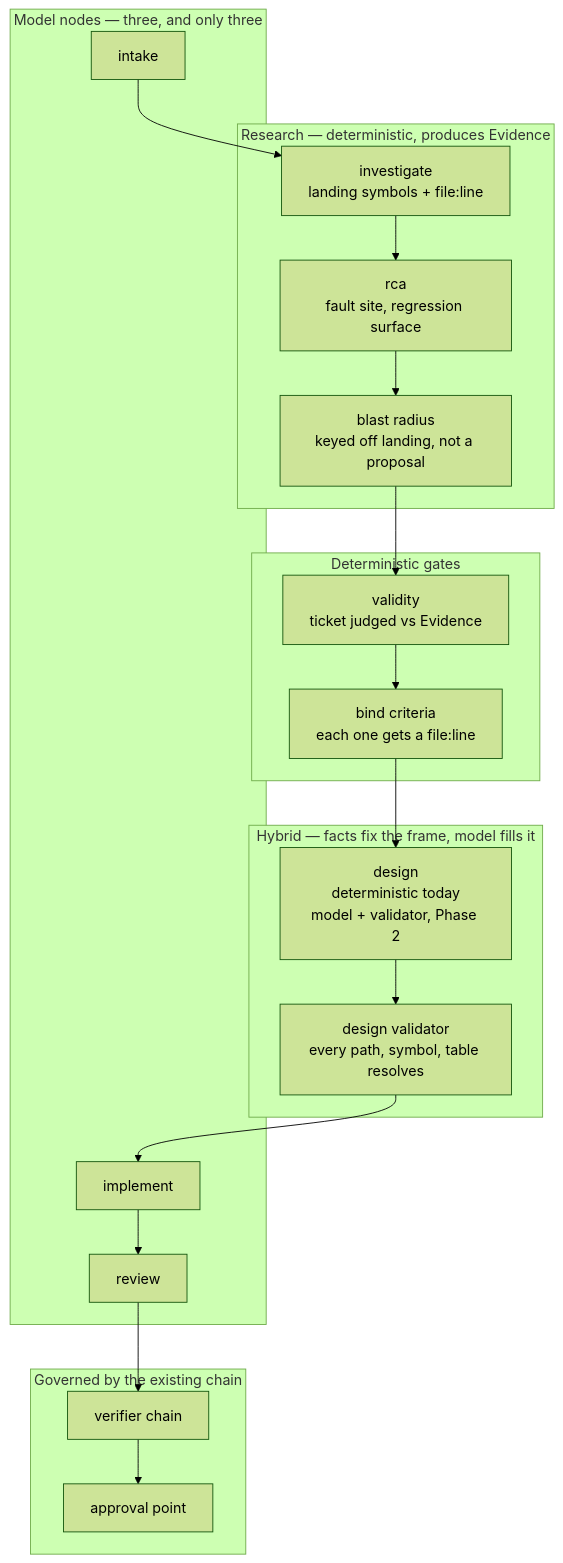
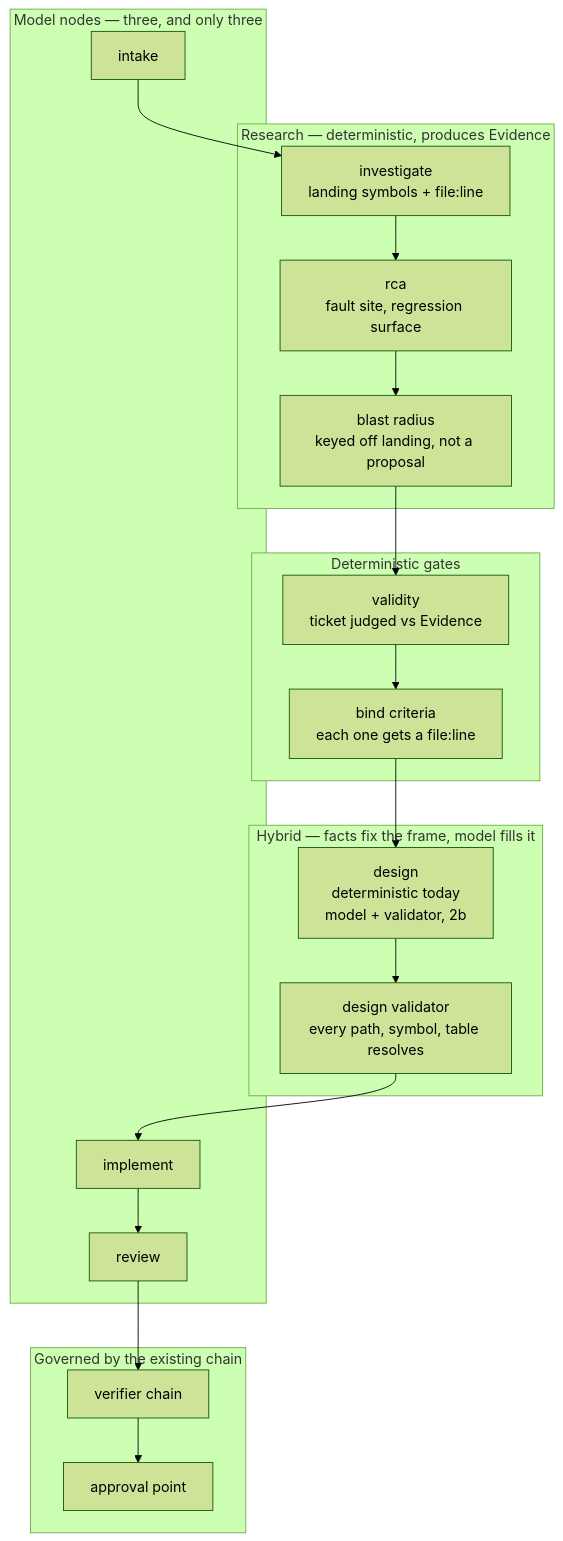
Before and after one commit to synaptixs/spine: the diagram in docs/specs/graphir-sdlc-workflow.md, drawn with Mermaid (forest theme). The commit also changed other lines of this file and 2 other files, not shown here.

````diff
--- a/docs/specs/graphir-sdlc-workflow.md
+++ b/docs/specs/graphir-sdlc-workflow.md
@@ -233,36 +232,36 @@
 ```mermaid
 flowchart TD
   subgraph res["Research — deterministic, produces Evidence"]
     inv["investigate<br/>landing symbols + file:line"]
     rca["rca<br/>fault site, regression surface"]
     blast["blast radius<br/>keyed off landing, not a proposal"]
   end
   subgraph det["Deterministic gates"]
     val["validity<br/>ticket judged vs Evidence"]
     bind["bind criteria<br/>each one gets a file:line"]
   end
   subgraph hyb["Hybrid — facts fix the frame, model fills it"]
-    des["design<br/>deterministic today<br/>model + validator, Phase 2"]
+    des["design<br/>deterministic today<br/>model + validator, 2b"]
     dval["design validator<br/>every path, symbol, table resolves"]
   end
   subgraph mdl["Model nodes — three, and only three"]
     int["intake"]
     imp["implement"]
     rev["review"]
   end
   subgraph gov["Governed by the existing chain"]
     ver["verifier chain"]
     apr["approval point"]
   end
   int --> inv
   inv --> rca
   rca --> blast
   blast --> val
   val --> bind
   bind --> des
   des --> dval
   dval --> imp
   imp --> rev
   rev --> ver
   ver --> apr
 ```
````
